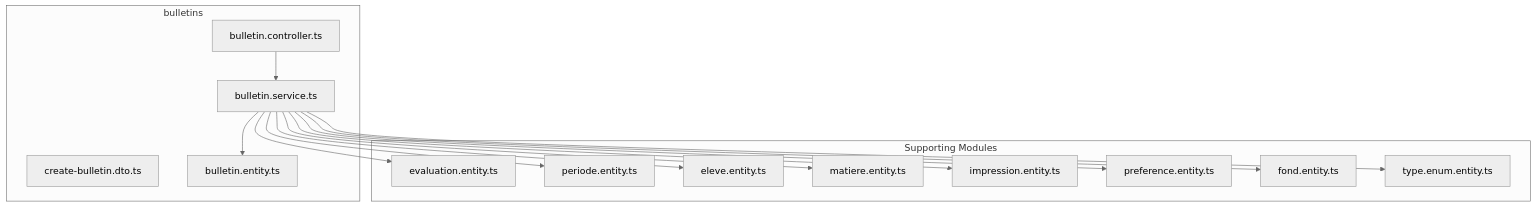
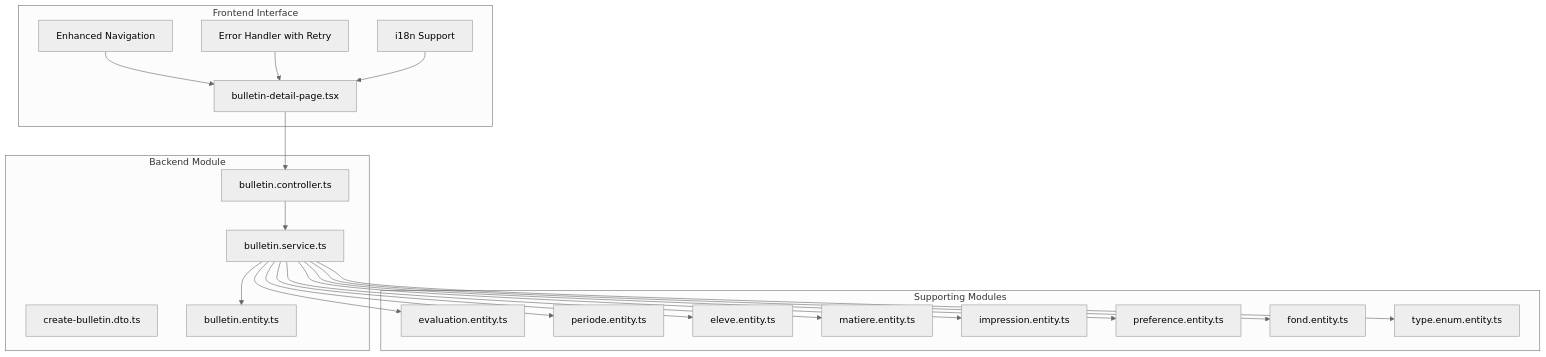
One commit to franckylab/eLISAschool changed the first of 8 diagrams in .qoder/repowiki/en/content/Academic Management System/Grade & Evaluation System/Report Card Generation.md. Above: the diagram before and after it, drawn with Mermaid (neutral theme). The commit also changed other lines of this file and 49 other files, not shown here.

````diff
--- a/.qoder/repowiki/en/content/Academic Management System/Grade & Evaluation System/Report Card Generation.md
+++ b/.qoder/repowiki/en/content/Academic Management System/Grade & Evaluation System/Report Card Generation.md
@@ -42,29 +54,39 @@
 ```mermaid
 graph TB
-subgraph "bulletins"
+subgraph "Backend Module"
 BCtrl["bulletin.controller.ts"]
 BSvc["bulletin.service.ts"]
 BDTO["create-bulletin.dto.ts"]
 BEnt["bulletin.entity.ts"]
+end
+subgraph "Frontend Interface"
+BDetail["bulletin-detail-page.tsx"]
+BNavigation["Enhanced Navigation"]
+BErrorHandler["Error Handler with Retry"]
+BInternationalization["i18n Support"]
 end
 subgraph "Supporting Modules"
 Eval["evaluation.entity.ts"]
 Per["periode.entity.ts"]
 Eleve["eleve.entity.ts"]
 Mat["matiere.entity.ts"]
 Imp["impression.entity.ts"]
 Pref["preference.entity.ts"]
 Fond["fond.entity.ts"]
 Typ["type.enum.entity.ts"]
 end
 BCtrl --> BSvc
 BSvc --> BEnt
 BSvc --> Eval
 BSvc --> Per
 BSvc --> Eleve
 BSvc --> Mat
 BSvc --> Imp
 BSvc --> Pref
 BSvc --> Fond
 BSvc --> Typ
+BDetail --> BCtrl
+BNavigation --> BDetail
+BErrorHandler --> BDetail
+BInternationalization --> BDetail
 ```
````
